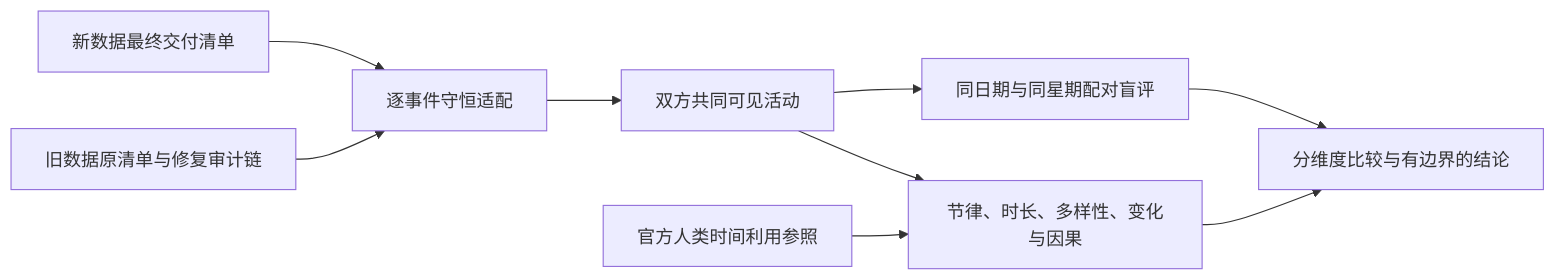
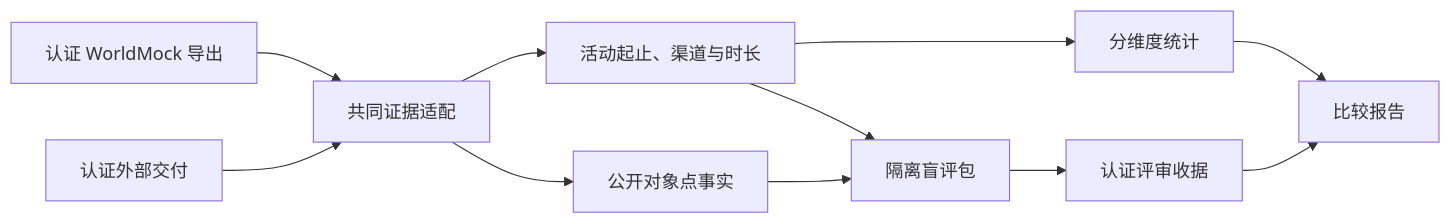
The diagram in docs/design/07-evaluation.md (HoldThatThgt/WorldMock), drawn with Mermaid before and after one commit. The commit also changed other lines of this file and 577 other files, not shown here.

````diff
--- a/docs/design/07-evaluation.md
+++ b/docs/design/07-evaluation.md
@@ -915,11 +14,13 @@
 ```mermaid
 flowchart LR
-    A[旧数据原清单与修复审计链] --> C[逐事件守恒适配]
-    B[新数据最终交付清单] --> C
-    C --> D[双方共同可见活动]
-    D --> E[节律、时长、多样性、变化与因果]
-    D --> F[同日期与同星期配对盲评]
-    G[官方人类时间利用参照] --> E
-    E --> H[分维度比较与有边界的结论]
-    F --> H
+    Export[认证 WorldMock 导出] --> Adapter[共同证据适配]
+    External[认证外部交付] --> Adapter
+    Adapter --> Timing[活动起止、渠道与时长]
+    Adapter --> Facts[公开对象点事实]
+    Timing --> Metrics[分维度统计]
+    Timing --> Review[隔离盲评包]
+    Facts --> Review
+    Review --> Receipts[认证评审收据]
+    Metrics --> Report[比较报告]
+    Receipts --> Report
 ```
````
